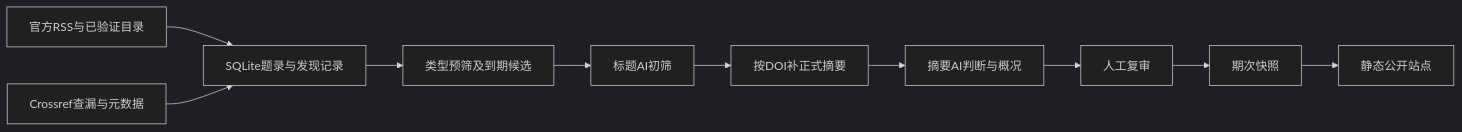
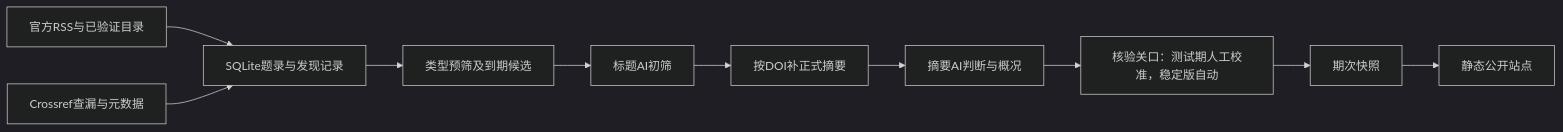
Before and after one commit to yunKKang/LitBrief: the diagram in docs/architecture.md, drawn with Mermaid (dark theme). The commit also changed other lines of this file and 11 other files, not shown here.

````diff
--- a/docs/architecture.md
+++ b/docs/architecture.md
@@ -13,12 +13,12 @@
 ```mermaid
 flowchart LR
     A[官方RSS与已验证目录] --> B[SQLite题录与发现记录]
     C[Crossref查漏与元数据] --> B
     B --> D[类型预筛及到期候选]
     D --> E[标题AI初筛]
     E --> F[按DOI补正式摘要]
     F --> G[摘要AI判断与概况]
-    G --> H[人工复审]
+    G --> H[核验关口：测试期人工校准，稳定版自动]
     H --> I[期次快照]
     I --> J[静态公开站点]
 ```
````
